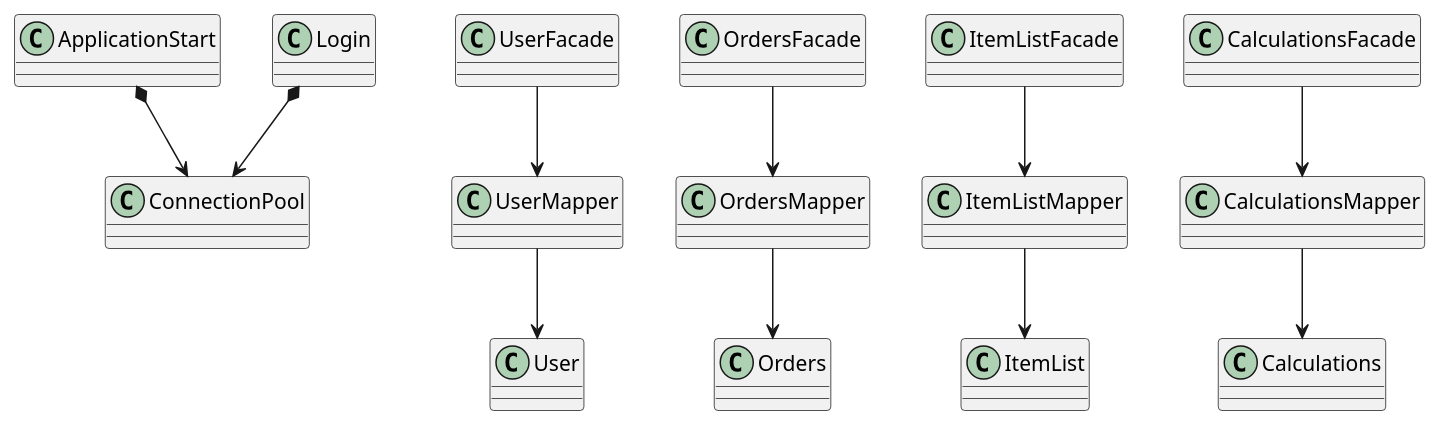
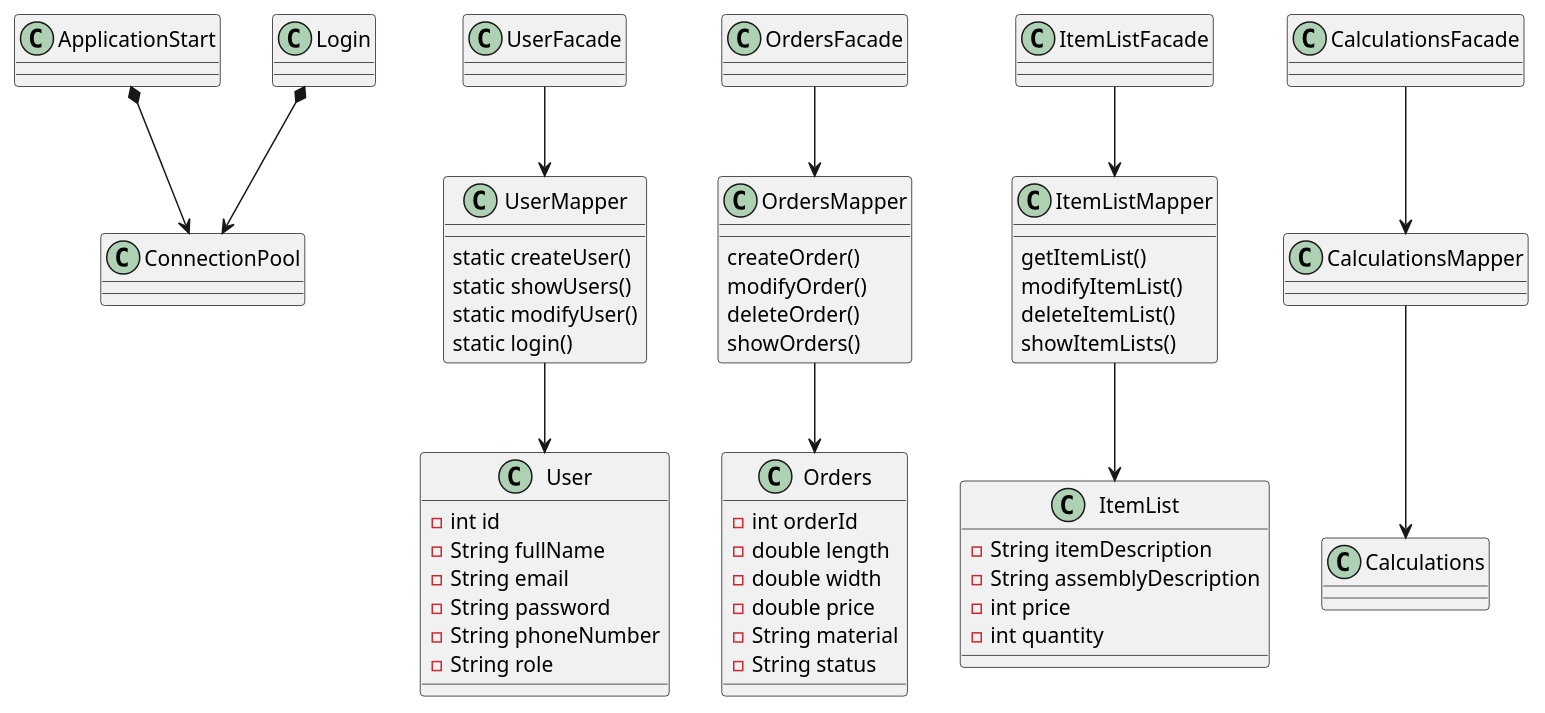
Before and after one commit to Salar86/ProjectFog: the diagram in documentation/ClassDiagram.puml, drawn with PlantUML.

Commit message:
Class diagram 1.2 - Variables and methods added to most classes.

```diff
--- a/documentation/ClassDiagram.puml
+++ b/documentation/ClassDiagram.puml
@@ -1,38 +1,82 @@
 @startuml
 'https://plantuml.com/class-diagram
 class ApplicationStart
 class ConnectionPool
 class Login
 
 ApplicationStart *--> ConnectionPool
 Login *--> ConnectionPool
 
 class User
+{
+    -int id
+    -String fullName
+    -String email
+    -String password
+    -String phoneNumber
+    -String role
+}
 class UserMapper
+{
+    static createUser()
+    static showUsers()
+    static modifyUser()
+    static login()
+}
 class UserFacade
 
 class Orders
+{
+    -int orderId
+    -double length
+    -double width
+    -double price
+    -String material
+    -String status
+}
 class OrdersMapper
+{
+    createOrder()
+    modifyOrder()
+    deleteOrder()
+    showOrders()
+}
 class OrdersFacade
 
 class ItemList
+{
+    -String itemDescription
+    -String assemblyDescription
+    -int price
+    -int quantity
+
+}
 class ItemListMapper
+{
+    getItemList()
+    modifyItemList()
+    deleteItemList()
+    showItemLists()
+}
 class ItemListFacade
 
 class Calculations
+{
+
+}
 class CalculationsMapper
 class CalculationsFacade
 
 UserFacade --> UserMapper
 UserMapper --> User
 
 OrdersFacade --> OrdersMapper
 OrdersMapper --> Orders
 
 ItemListFacade --> ItemListMapper
 ItemListMapper --> ItemList
 
 CalculationsFacade --> CalculationsMapper
 CalculationsMapper --> Calculations
 
 @enduml
```
